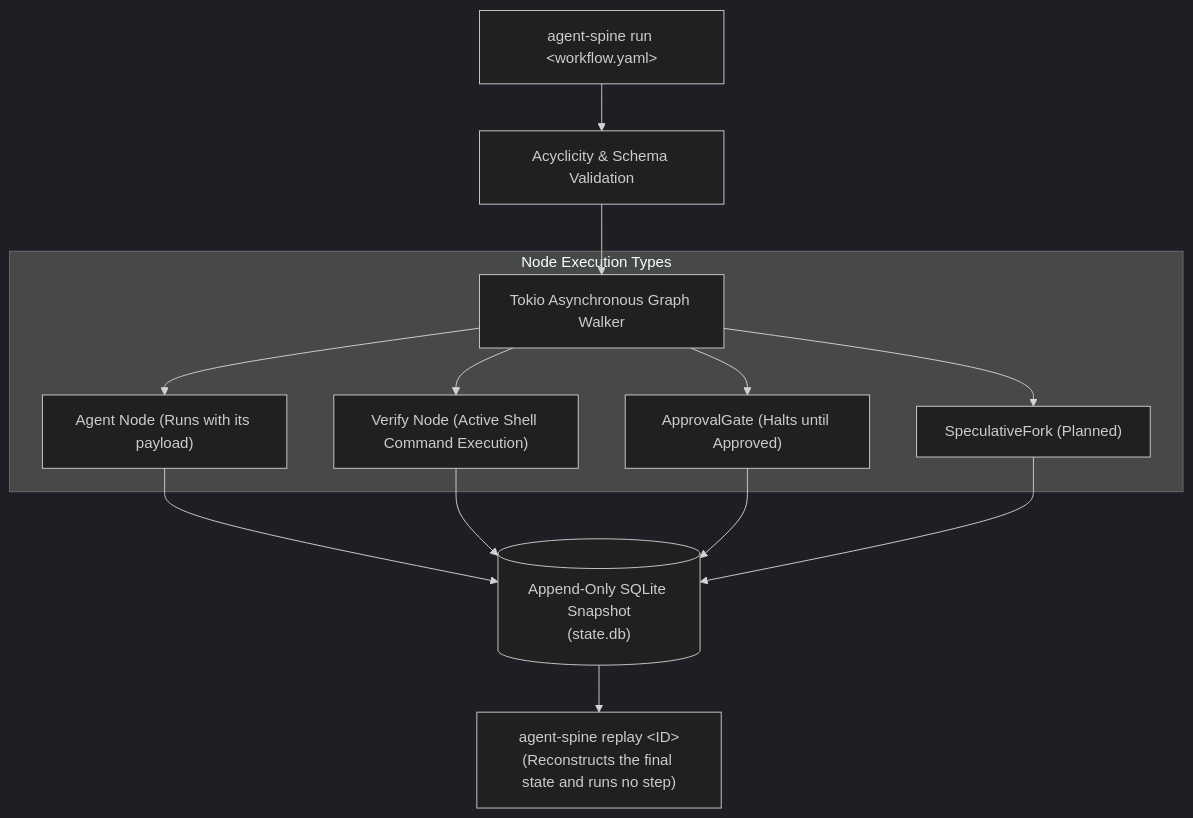
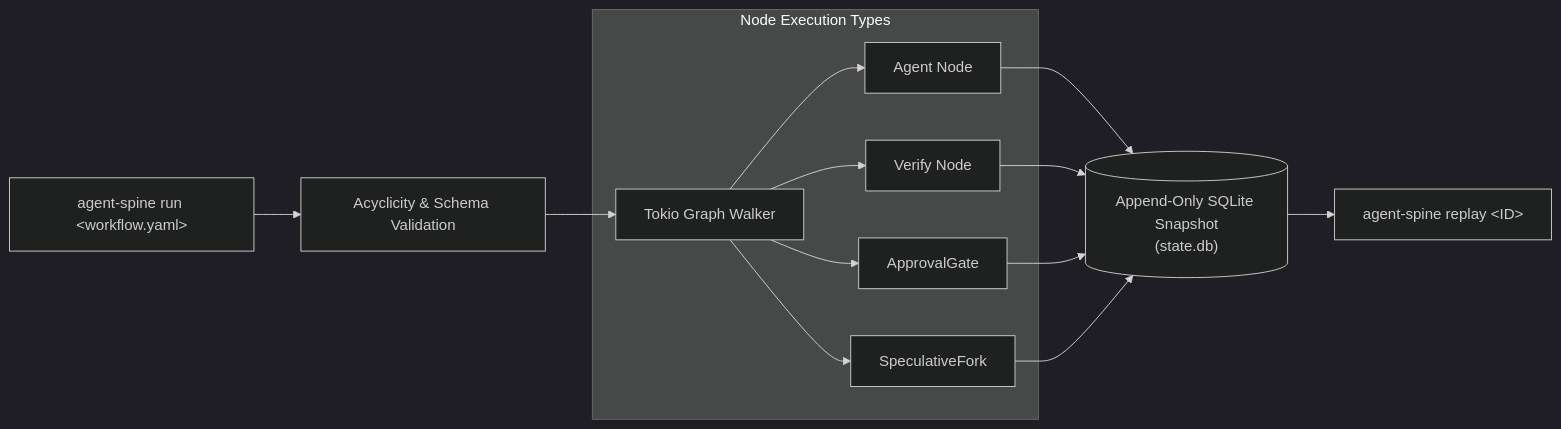
The diagram in src/routes/thesmos/docs/+page.md (autonomic-ai-dev/website), drawn with Mermaid (dark theme) before and after one commit. The commit also changed 12 other files, not shown here.

Commit message:
feat: animate on bidirectional scroll, horizontal diagrams, blog mermaid, and anode-parity footer (#67)

````diff
--- a/src/routes/thesmos/docs/+page.md
+++ b/src/routes/thesmos/docs/+page.md
@@ -15,19 +15,19 @@
 ```mermaid
-flowchart TD
+flowchart LR
     Run["agent-spine run &lt;workflow.yaml&gt;"] --> Validate["Acyclicity & Schema Validation"]
-    Validate --> Engine["Tokio Asynchronous Graph Walker"]
+    Validate --> Engine["Tokio Graph Walker"]
     
     subgraph Execution ["Node Execution Types"]
-        Engine --> Agent["Agent Node (Runs with its payload)"]
-        Engine --> Verify["Verify Node (Active Shell Command Execution)"]
-        Engine --> Gate["ApprovalGate (Halts until Approved)"]
-        Engine --> Fork["SpeculativeFork (Planned)"]
+        Engine --> Agent["Agent Node"]
+        Engine --> Verify["Verify Node"]
+        Engine --> Gate["ApprovalGate"]
+        Engine --> Fork["SpeculativeFork"]
     end
 
     Agent --> Snapshot[("Append-Only SQLite Snapshot<br/>(state.db)")]
     Verify --> Snapshot
     Gate --> Snapshot
     Fork --> Snapshot
 
-    Snapshot --> Replay["agent-spine replay &lt;ID&gt;<br/>(Reconstructs the final state and runs no step)"]
+    Snapshot --> Replay["agent-spine replay &lt;ID&gt;"]
 ```
````
